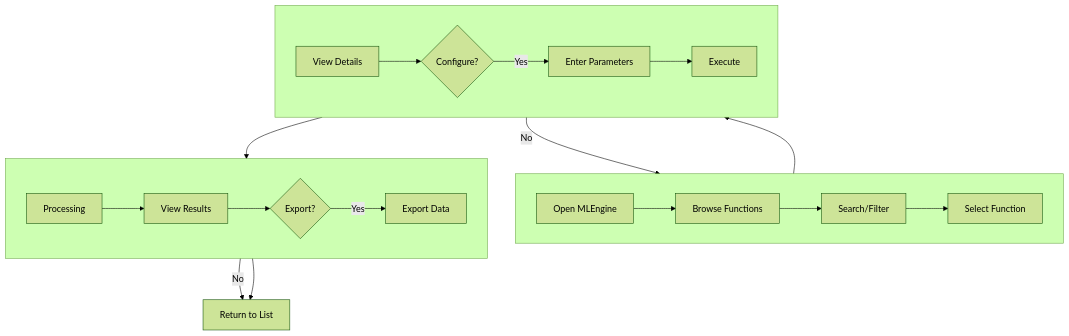
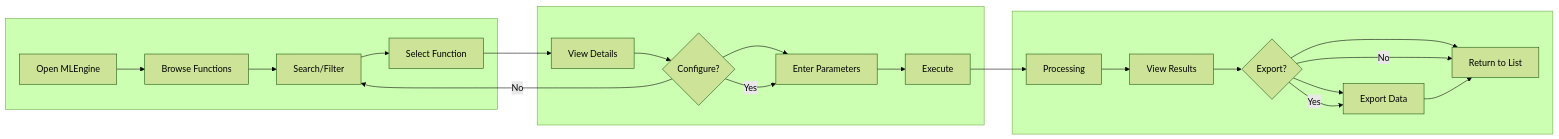
The sixth of 10 diagrams in docs/SEN3781_Assignment4_Information_Architecture_Report.md (RoundRobinHood/cogniflight-cloud), drawn with Mermaid (forest theme) before and after one commit. The commit also changed other lines of this file, not shown here.

Commit message:
improved diagram readability

````diff
--- a/docs/SEN3781_Assignment4_Information_Architecture_Report.md
+++ b/docs/SEN3781_Assignment4_Information_Architecture_Report.md
@@ -319,20 +301,20 @@
 ```mermaid
-flowchart TB
+flowchart LR
     subgraph row1[" "]
-        direction LR
         A[Open MLEngine] --> B[Browse Functions] --> C[Search/Filter] --> D[Select Function]
     end
     subgraph row2[" "]
-        direction LR
-        E[View Details] --> F{Configure?} -->|Yes| G[Enter Parameters] --> H[Execute]
+        E[View Details] --> F{Configure?} --> G[Enter Parameters] --> H[Execute]
     end
     subgraph row3[" "]
-        direction LR
-        I[Processing] --> J[View Results] --> K{Export?} -->|Yes| L[Export Data]
+        I[Processing] --> J[View Results] --> K{Export?} --> L[Export Data]
+        K --> M[Return to List]
     end
     D --> E
     F -->|No| C
+    F -->|Yes| G
     H --> I
-    K -->|No| M[Return to List]
+    K -->|Yes| L
+    K -->|No| M
     L --> M
 ```
````
